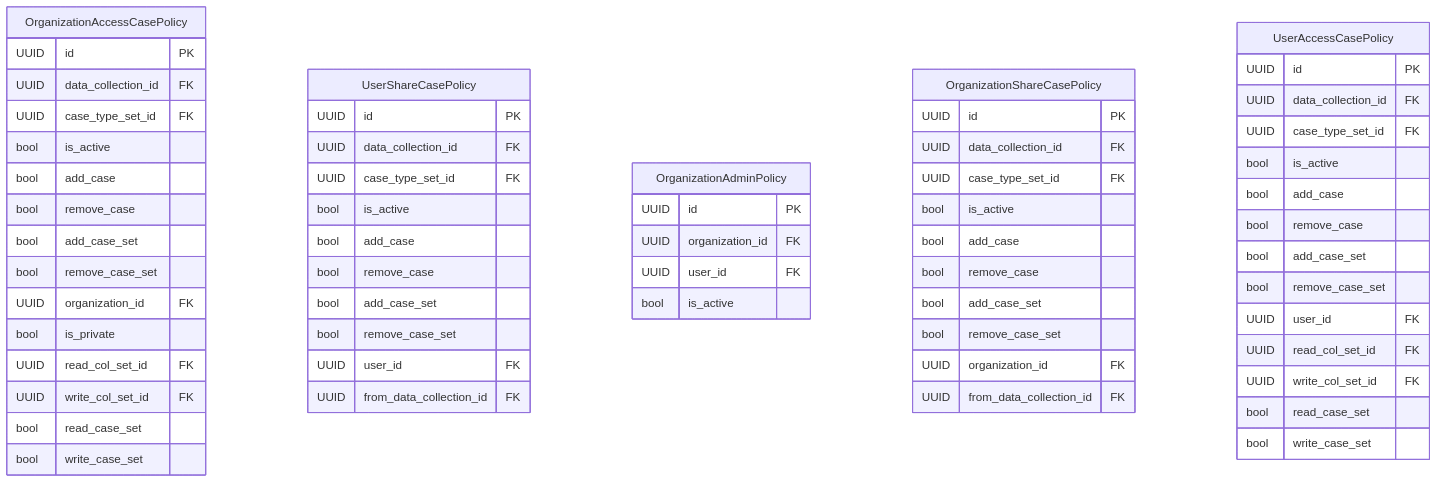
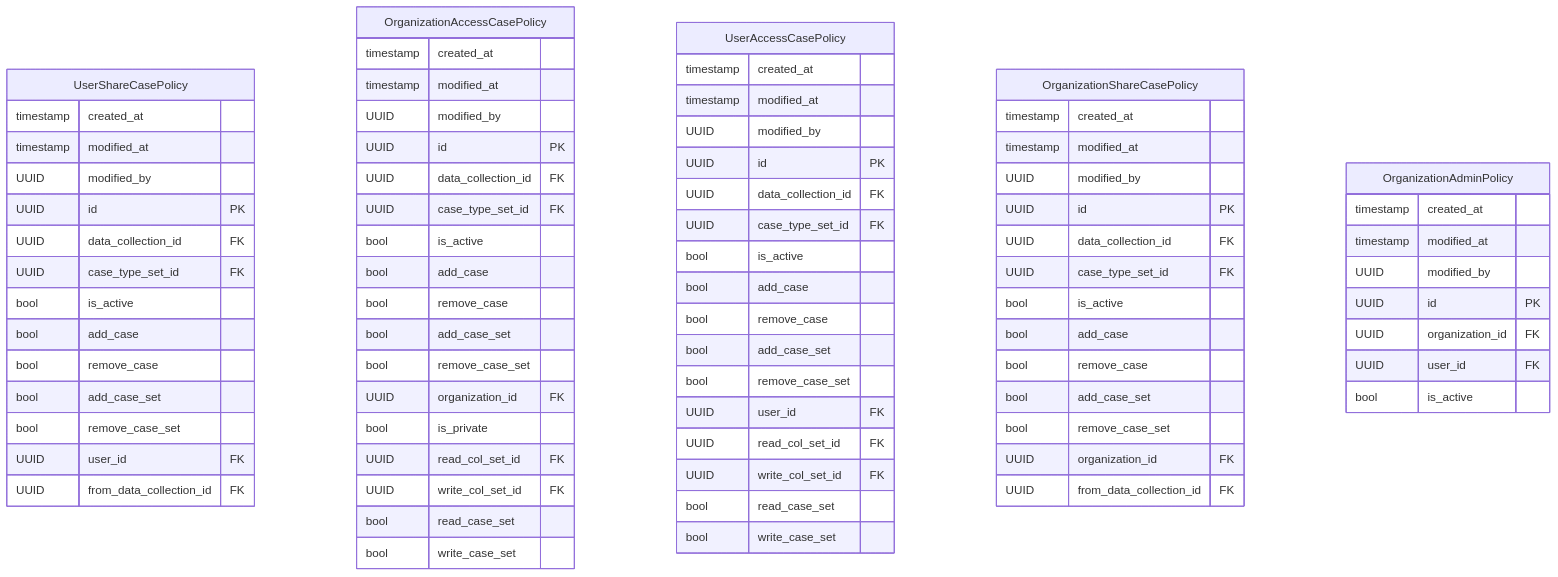
One commit to RIVM-bioinformatics/gen-epix-api changed the diagram in docs/erm/casedb.abac.detailed.md. Above: the diagram before and after it, drawn with Mermaid. The commit also changed 211 other files, not shown here.

````diff
--- a/docs/erm/casedb.abac.detailed.md
+++ b/docs/erm/casedb.abac.detailed.md
@@ -7,7 +7,26 @@
     %% casedb / ABAC (detailed)
 
     %% Entity definitions
+    UserShareCasePolicy {
+        timestamp created_at
+        timestamp modified_at
+        UUID modified_by
+        UUID id PK
+        UUID data_collection_id FK
+        UUID case_type_set_id FK
+        bool is_active
+        bool add_case
+        bool remove_case
+        bool add_case_set
+        bool remove_case_set
+        UUID user_id FK
+        UUID from_data_collection_id FK
+    }
+
     OrganizationAccessCasePolicy {
+        timestamp created_at
+        timestamp modified_at
+        UUID modified_by
         UUID id PK
         UUID data_collection_id FK
         UUID case_type_set_id FK
@@ -24,40 +43,10 @@
         bool write_case_set
     }
 
-    UserShareCasePolicy {
-        UUID id PK
-        UUID data_collection_id FK
-        UUID case_type_set_id FK
-        bool is_active
-        bool add_case
-        bool remove_case
-        bool add_case_set
-        bool remove_case_set
-        UUID user_id FK
-        UUID from_data_collection_id FK
-    }
-
-    OrganizationAdminPolicy {
-        UUID id PK
-        UUID organization_id FK
-        UUID user_id FK
-        bool is_active
-    }
-
-    OrganizationShareCasePolicy {
-        UUID id PK
-        UUID data_collection_id FK
-        UUID case_type_set_id FK
-        bool is_active
-        bool add_case
-        bool remove_case
-        bool add_case_set
-        bool remove_case_set
-        UUID organization_id FK
-        UUID from_data_collection_id FK
-    }
-
     UserAccessCasePolicy {
+        timestamp created_at
+        timestamp modified_at
+        UUID modified_by
         UUID id PK
         UUID data_collection_id FK
         UUID case_type_set_id FK
@@ -73,4 +62,30 @@
         bool write_case_set
     }
 
+    OrganizationShareCasePolicy {
+        timestamp created_at
+        timestamp modified_at
+        UUID modified_by
+        UUID id PK
+        UUID data_collection_id FK
+        UUID case_type_set_id FK
+        bool is_active
+        bool add_case
+        bool remove_case
+        bool add_case_set
+        bool remove_case_set
+        UUID organization_id FK
+        UUID from_data_collection_id FK
+    }
+
+    OrganizationAdminPolicy {
+        timestamp created_at
+        timestamp modified_at
+        UUID modified_by
+        UUID id PK
+        UUID organization_id FK
+        UUID user_id FK
+        bool is_active
+    }
+
 ```
````
